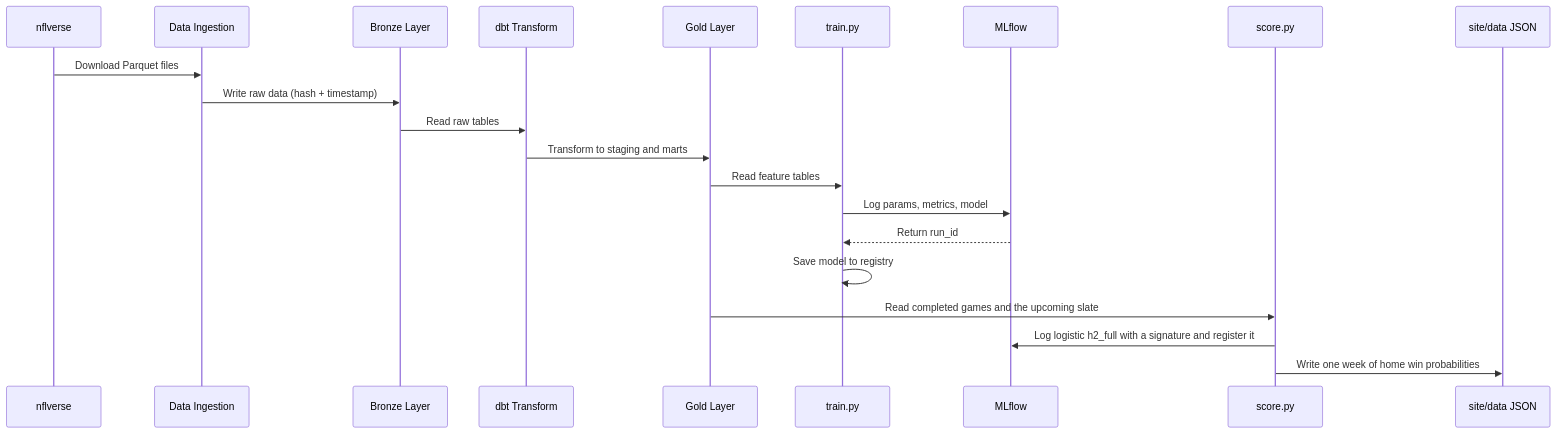
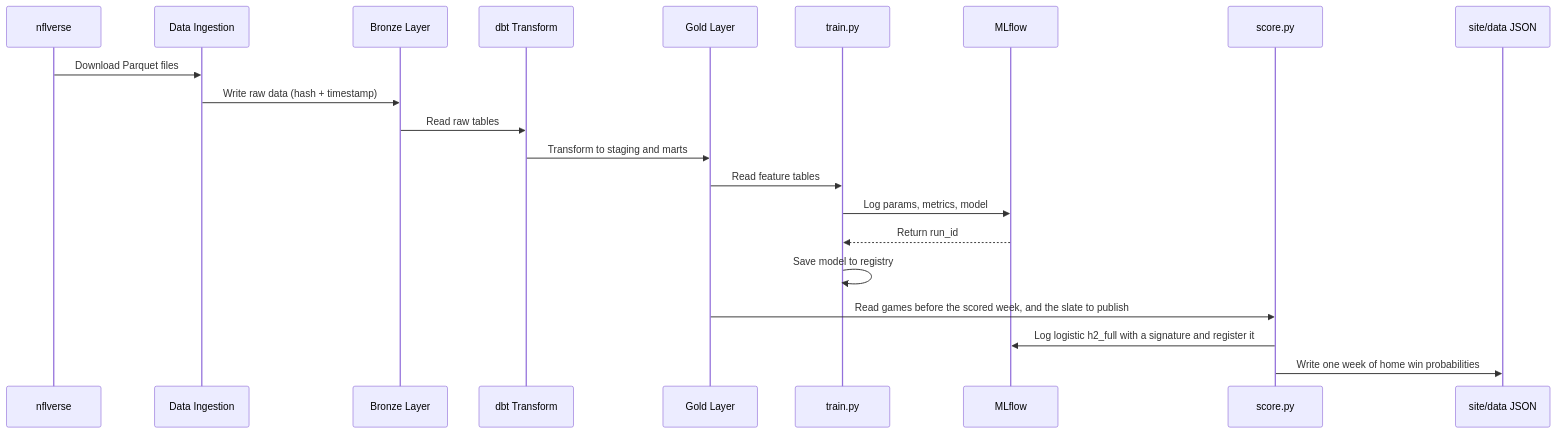
One commit to carloshgalvan95/endzone-mlops changed the diagram in docs/architecture.md. Above: the diagram before and after it, drawn with Mermaid. The commit also changed other lines of this file and 10 other files, not shown here.

````diff
--- a/docs/architecture.md
+++ b/docs/architecture.md
@@ -178,24 +178,24 @@
 ```mermaid
 sequenceDiagram
     participant NFL as nflverse
     participant Ingest as Data Ingestion
     participant Bronze as Bronze Layer
     participant dbt as dbt Transform
     participant Gold as Gold Layer
     participant Train as train.py
     participant MLflow as MLflow
     participant Score as score.py
     participant Pred as site/data JSON
 
     NFL->>Ingest: Download Parquet files
     Ingest->>Bronze: Write raw data (hash + timestamp)
     Bronze->>dbt: Read raw tables
     dbt->>Gold: Transform to staging and marts
     Gold->>Train: Read feature tables
     Train->>MLflow: Log params, metrics, model
     MLflow-->>Train: Return run_id
     Train->>Train: Save model to registry
-    Gold->>Score: Read completed games and the upcoming slate
+    Gold->>Score: Read games before the scored week, and the slate to publish
     Score->>MLflow: Log logistic h2_full with a signature and register it
     Score->>Pred: Write one week of home win probabilities
 ```
````
